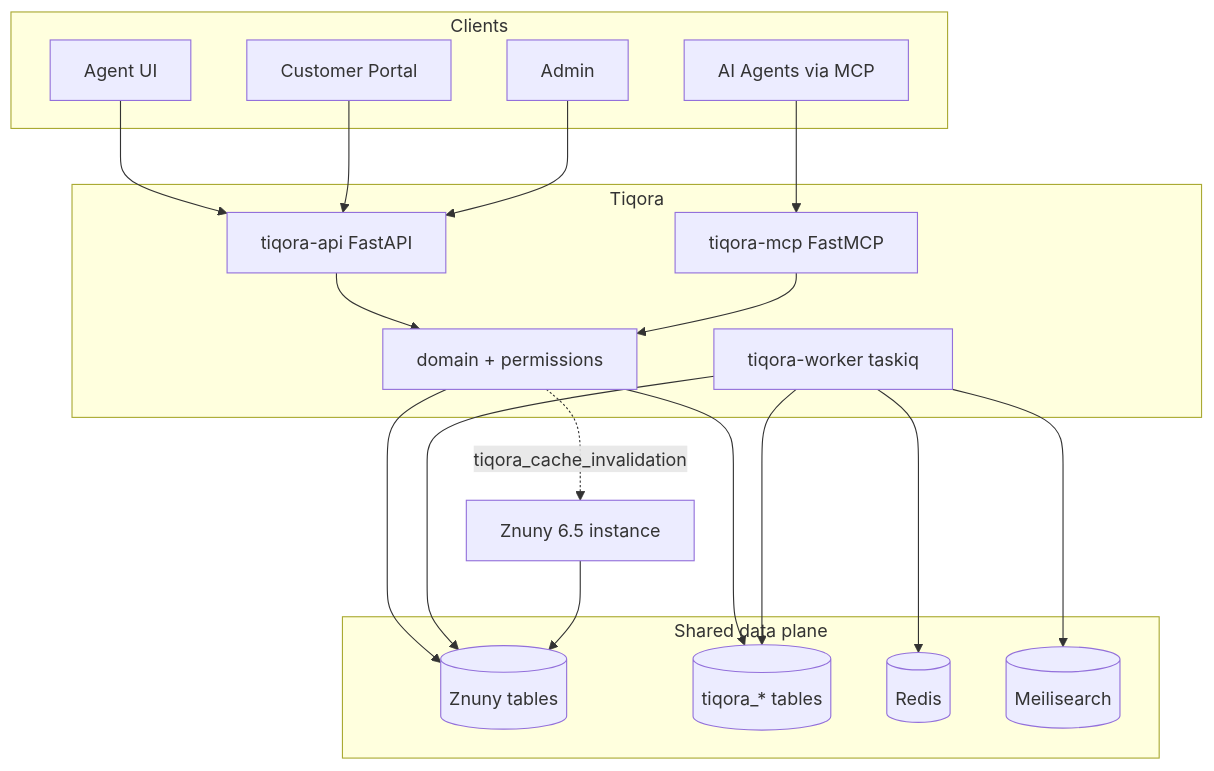
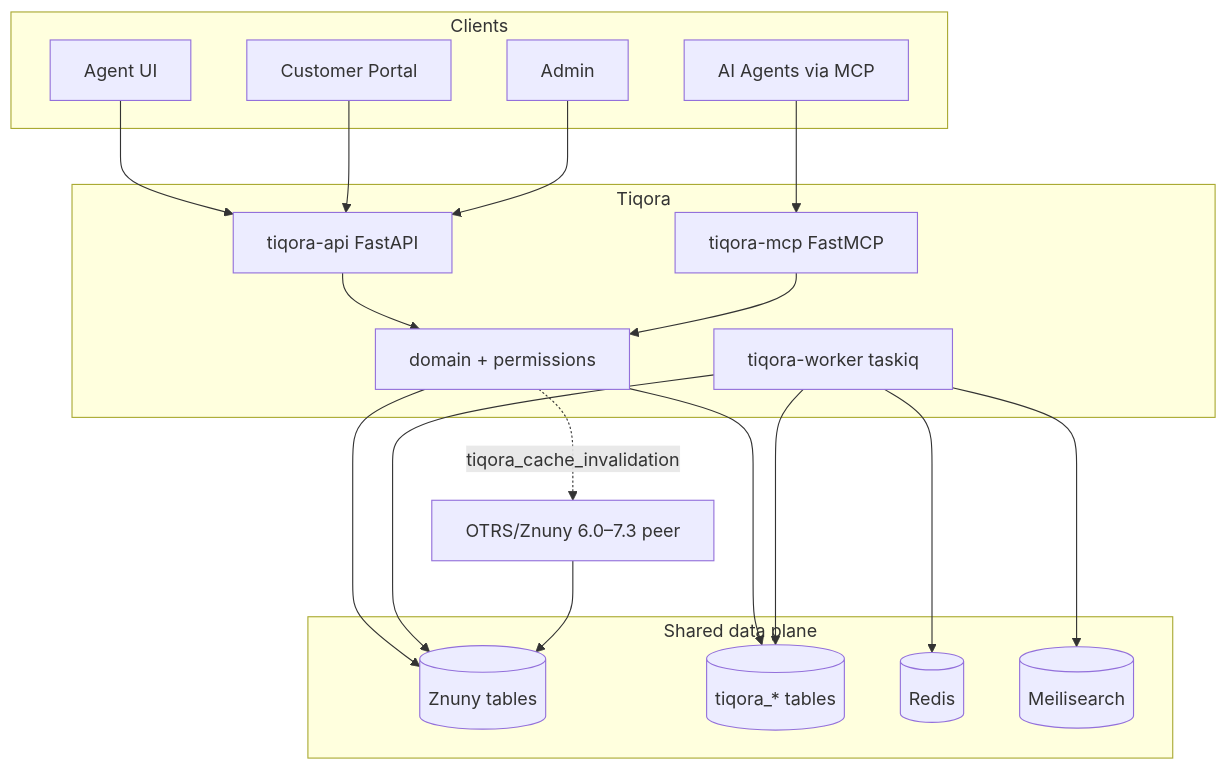
The diagram in README.md (CygnusNetworks/tiqora), drawn with Mermaid before and after one commit. The commit also changed other lines of this file and 19 other files, not shown here.

First line of the commit message:
docs: OTRS/Znuny 6.0–7.3 support matrix across site, README, and docs

````diff
--- a/README.md
+++ b/README.md
@@ -182,40 +185,40 @@
 ```mermaid
 flowchart TB
   subgraph clients [Clients]
     AgentUI[Agent UI]
     Portal[Customer Portal]
     Admin[Admin]
     AI[AI Agents via MCP]
   end
 
   subgraph tiqora [Tiqora]
     API[tiqora-api FastAPI]
     MCP[tiqora-mcp FastMCP]
     Worker[tiqora-worker taskiq]
     Domain[domain + permissions]
   end
 
   subgraph data [Shared data plane]
     ZTables[(Znuny tables)]
     TTables[(tiqora_* tables)]
     Redis[(Redis)]
     Meili[(Meilisearch)]
   end
 
-  Znuny[Znuny 6.5 instance]
+  Znuny[OTRS/Znuny 6.0–7.3 peer]
 
   AgentUI --> API
   Portal --> API
   Admin --> API
   AI --> MCP
   API --> Domain
   MCP --> Domain
   Domain --> ZTables
   Domain --> TTables
   Worker --> ZTables
   Worker --> TTables
   Worker --> Redis
   Worker --> Meili
   Znuny --> ZTables
   Domain -.->|tiqora_cache_invalidation| Znuny
 ```
````
